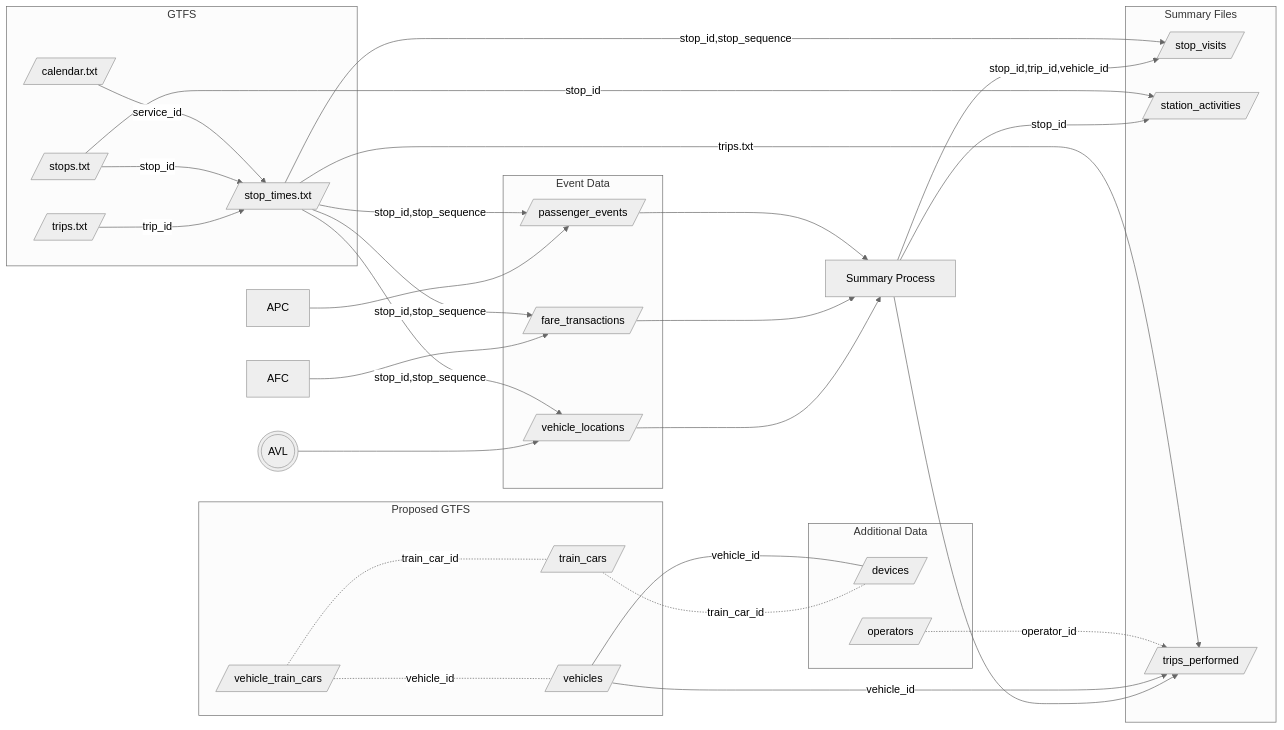
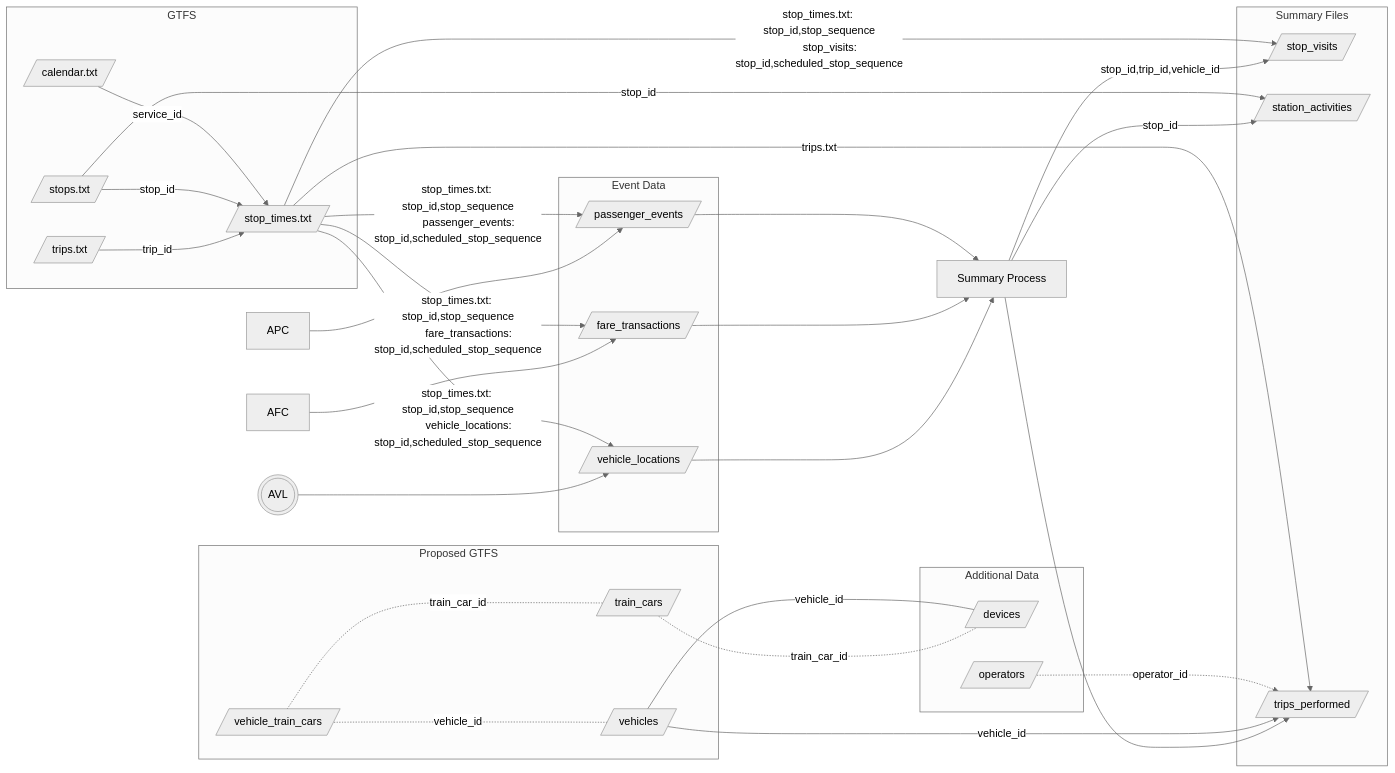
The diagram in docs/architecture.md (TIDES-transit/TIDES), drawn with Mermaid (neutral theme) before and after one commit.

Commit message:
Update architecture.md
Update mermaid diagram to reflect new foreign keys

````diff
--- a/docs/architecture.md
+++ b/docs/architecture.md
@@ -20,65 +20,77 @@
 ```mermaid
 graph LR;
     avl(((AVL))) --> vehicle_locations[/vehicle_locations/]
     APC --> passenger_events[/passenger_events/]
     AFC --> fare_transactions[/fare_transactions/]
     vehicle_locations --> summary[Summary Process]
     fare_transactions --> summary
     passenger_events --> summary
     summary --> |stop_id,trip_id,vehicle_id|stop_visits[/stop_visits/]
     summary -->|stop_id| station_activities[/station_activities/]
     summary --> trips_performed[/trips_performed/]
     trips.txt[/trips.txt/] --> |trip_id| stop_times.txt[/stop_times.txt/]
     stops.txt[/stops.txt/] --> |stop_id|stop_times.txt
     calendar.txt[/calendar.txt/] --> |service_id|stop_times.txt
     vehicle_train_cars[/vehicle_train_cars/] -.vehicle_id.- vehicles[/vehicles/]
     vehicle_train_cars -.- |train_car_id| train_cars[/train_cars/]
     train_cars -.- |train_car_id| devices[/devices/]
     vehicles  --- |vehicle_id| devices
     vehicles --> |vehicle_id|trips_performed
     operators[/operators/] -.-> |operator_id| trips_performed
-    stop_times.txt --> |stop_id,stop_sequence| stop_visits
+    stop_times.txt --> |"
+        stop_times.txt: stop_id,stop_sequence
+        stop_visits: stop_id,scheduled_stop_sequence
+    "| stop_visits
     stop_times.txt --> |trips.txt| trips_performed
     stops.txt --> |stop_id|station_activities
-    stop_times.txt --> |stop_id,stop_sequence| vehicle_locations
-    stop_times.txt --> |stop_id,stop_sequence| passenger_events
-    stop_times.txt --> |stop_id,stop_sequence| fare_transactions
+    stop_times.txt --> |"
+        stop_times.txt: stop_id,stop_sequence
+        vehicle_locations: stop_id,scheduled_stop_sequence
+    "| vehicle_locations
+    stop_times.txt --> |"
+        stop_times.txt: stop_id,stop_sequence
+        passenger_events: stop_id,scheduled_stop_sequence
+    "| passenger_events
+    stop_times.txt --> |"
+        stop_times.txt: stop_id,stop_sequence
+        fare_transactions: stop_id,scheduled_stop_sequence
+    "| fare_transactions
     subgraph eventf [Event Data]
         vehicle_locations
         passenger_events
         fare_transactions
     end
     subgraph summaryf [Summary Files]
         station_activities
         stop_visits
         trips_performed
     end
     subgraph gtfs [ GTFS ]
         stop_times.txt
         stops.txt
         trips.txt
         calendar.txt
     end
     subgraph proposedGTFS [ Proposed GTFS ]
         train_cars
         vehicle_train_cars
         vehicles
     end
     subgraph additional [ Additional Data ]
         devices
         operators
     end
     click stops.txt "https://gtfs.org/schedule/reference/#stopstxt"
     click stop_times.txt "https://gtfs.org/schedule/reference/#stop_timestxt"
     click calendar.txt "https://gtfs.org/schedule/reference/#calendartxt"
     click trips.txt "https://gtfs.org/schedule/reference/#tripstxt"
     click station_activities "../tables/#station-activities"
     click stop_visits "../tables/#stop-visits"
     click train_cars "../tables/#train-cars"
     click vehicle_train_cars "../tables/#vehicle-train-cars"
     click vehicles "../tables/#vehicles"
     click devices "../tables/#devices"
     click vehicle_locations "../tables/#vehicle-locations"
     click passenger_events "../tables/#passenger-events"
     click fare_transactions "../tables/#fare-transactions"
 ```
````
